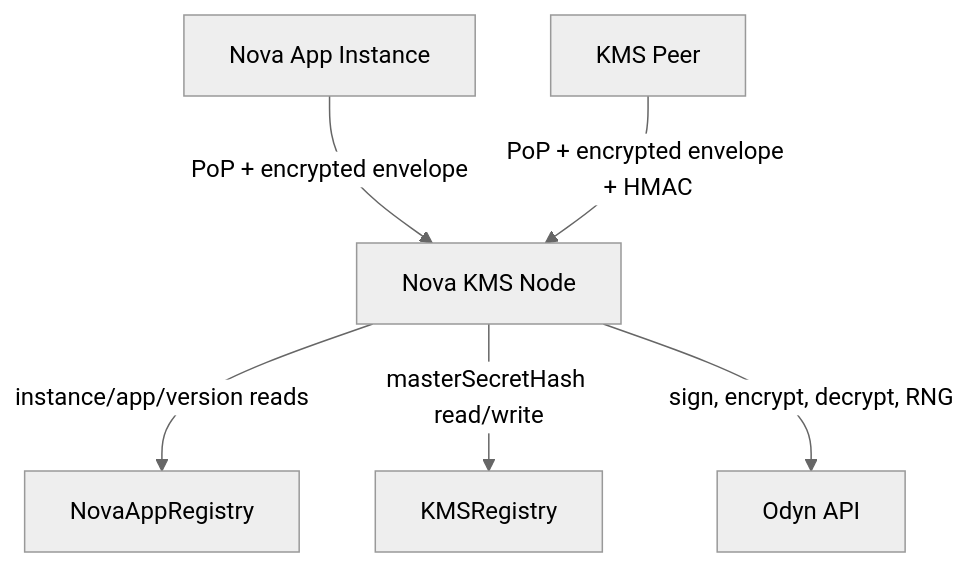
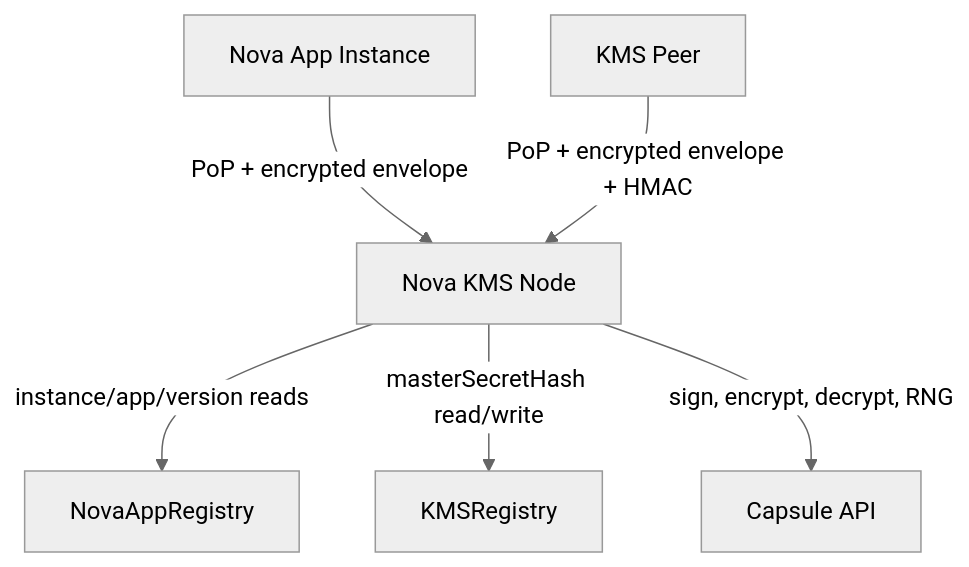
The diagram in docs/architecture.md (sparsity-xyz/nova-kms), drawn with Mermaid (neutral theme) before and after one commit. The commit also changed other lines of this file and 23 other files, not shown here.

````diff
--- a/docs/architecture.md
+++ b/docs/architecture.md
@@ -13,15 +13,15 @@
 ```mermaid
 graph TD
     App[Nova App Instance]
     Peer[KMS Peer]
     Node[Nova KMS Node]
     Registry[NovaAppRegistry]
     KMSRegistry[KMSRegistry]
-    Odyn[Odyn API]
+    Capsule[Capsule API]
 
     App -->|PoP + encrypted envelope| Node
     Peer -->|PoP + encrypted envelope + HMAC| Node
     Node -->|instance/app/version reads| Registry
     Node -->|masterSecretHash read/write| KMSRegistry
-    Node -->|sign, encrypt, decrypt, RNG| Odyn
+    Node -->|sign, encrypt, decrypt, RNG| Capsule
 ```
````
